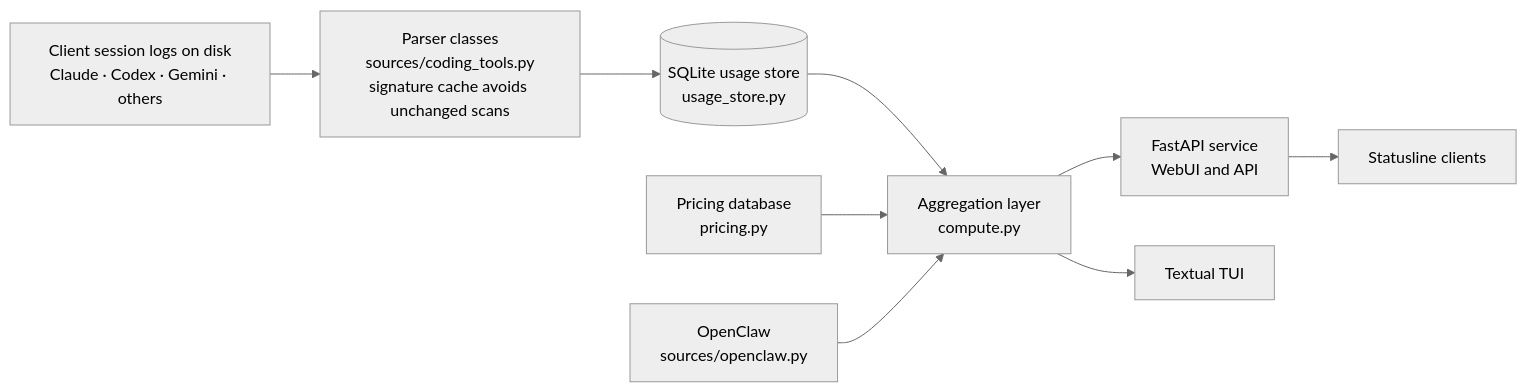
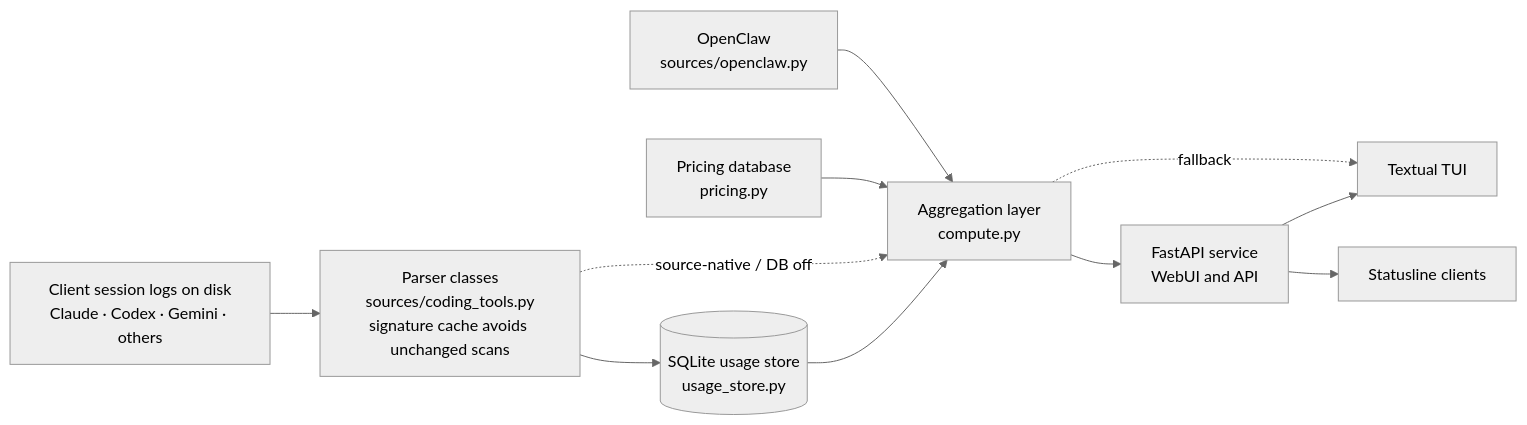
Before and after one commit to JingbiaoMei/Tokdash: the diagram in docs/development/ARCHITECTURE.md, drawn with Mermaid (neutral theme). The commit also changed other lines of this file and 1 other file, not shown here.

Commit message:
docs: address review comments from JingbiaoMei (round 2)

````diff
--- a/docs/development/ARCHITECTURE.md
+++ b/docs/development/ARCHITECTURE.md
@@ -7,19 +7,21 @@
 ```mermaid
 flowchart LR
     Logs["Client session logs on disk<br/>Claude · Codex · Gemini · others"]
     Parsers["Parser classes<br/>sources/coding_tools.py<br/>signature cache avoids unchanged scans"]
     Store[("SQLite usage store<br/>usage_store.py")]
     Compute["Aggregation layer<br/>compute.py"]
     API["FastAPI service<br/>WebUI and API"]
     TUI["Textual TUI"]
     Statusline["Statusline clients"]
     Pricing["Pricing database<br/>pricing.py"]
     OpenClaw["OpenClaw<br/>sources/openclaw.py"]
 
     Logs --> Parsers --> Store --> Compute
+    Parsers -.->|source-native / DB off| Compute
     Compute --> API
-    Compute --> TUI
+    API --> TUI
+    Compute -.->|fallback| TUI
     API --> Statusline
     Pricing --> Compute
     OpenClaw --> Compute
 ```
````
